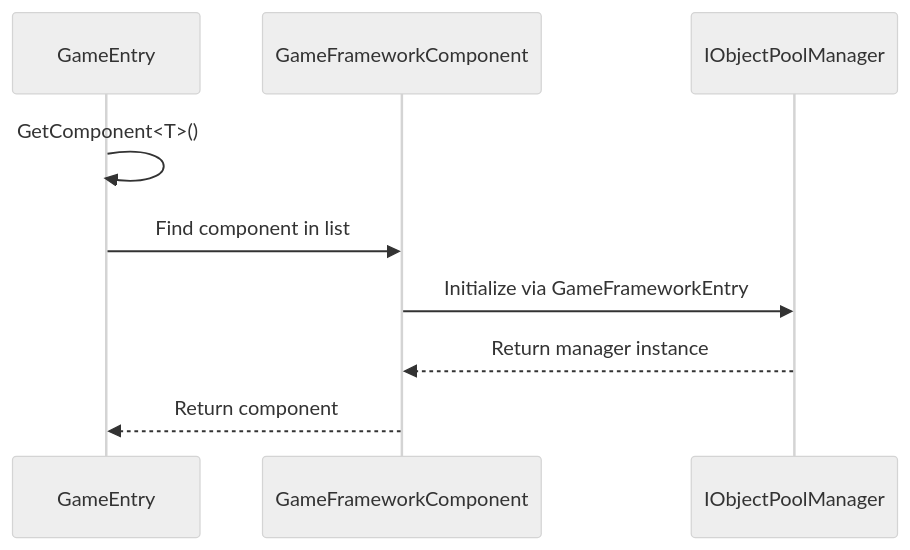
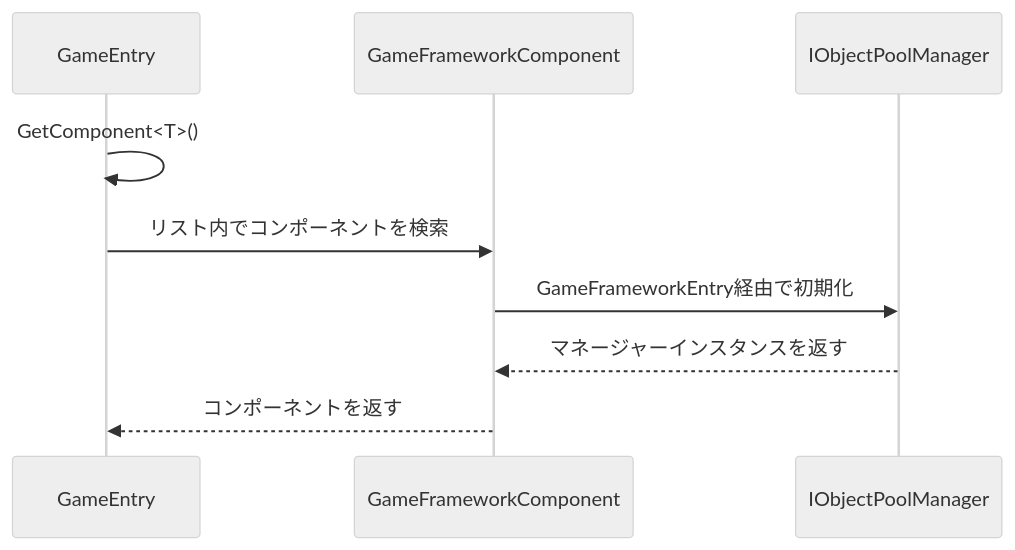
The third of 3 diagrams in docs/ja/client/unity/component/core/03.getting-started.md (AlianBlank/GameFrameX.Docs), drawn with Mermaid (neutral theme) before and after one commit. The commit also changed other lines of this file and 320 other files, not shown here.

````diff
--- a/docs/ja/client/unity/component/core/03.getting-started.md
+++ b/docs/ja/client/unity/component/core/03.getting-started.md
@@ -405,12 +405,12 @@
 ```mermaid
 sequenceDiagram
     participant G as GameEntry
     participant C as GameFrameworkComponent
     participant M as IObjectPoolManager
-    
+
     G->>G: GetComponent<T>()
-    G->>C: Find component in list
-    C->>M: Initialize via GameFrameworkEntry
-    M-->>C: Return manager instance
-    C-->>G: Return component
+    G->>C: リスト内でコンポーネントを検索
+    C->>M: GameFrameworkEntry経由で初期化
+    M-->>C: マネージャーインスタンスを返す
+    C-->>G: コンポーネントを返す
 ```
````
